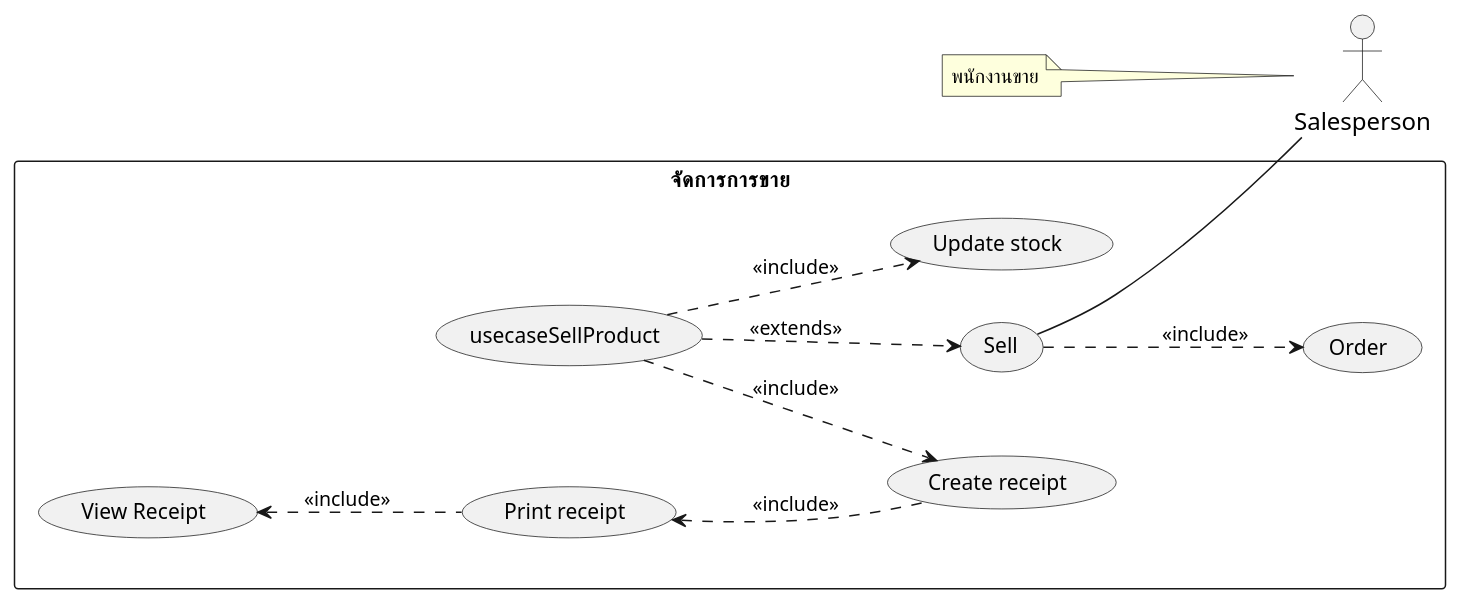
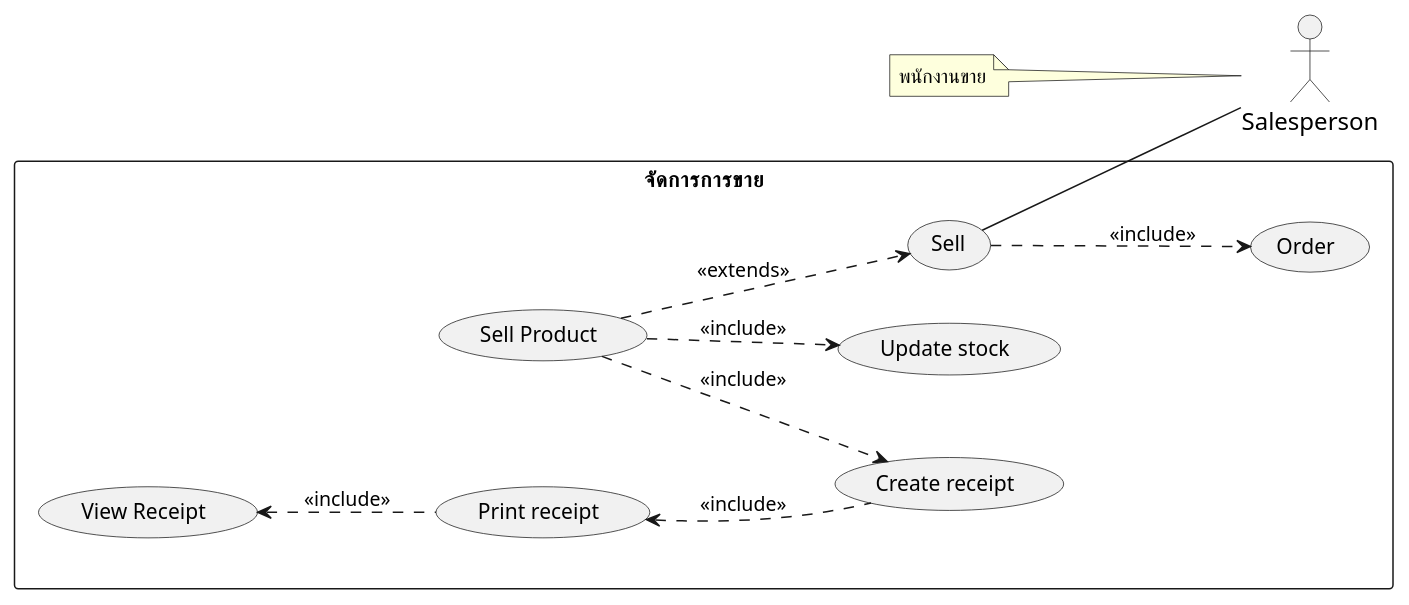
One commit to billowdev/inventory-system-plantuml-sequelize-seeder-example changed the diagram in system-analysis/usecase/_7_usecase-sell.puml. Above: the diagram before and after it, drawn with PlantUML. The commit also changed 3 other files, not shown here.

Commit message:
update sell product

```diff
--- a/system-analysis/usecase/_7_usecase-sell.puml
+++ b/system-analysis/usecase/_7_usecase-sell.puml
@@ -1,63 +1,64 @@
 @startuml
 'https://plantuml.com/usecase-diagram
 left to right direction
 
 skinparam sequence {
     ParticipantFontName Thai
     ParticipantFontSize 16
     ActorFontSize 16
     ActorFontName Thai
 }
 'skinparam linetype polyline
 ' skinparam linetype ortho
 
 skinparam Participant{
     FontColor #efefef
     BorderColor #c0c0c0
 }
 skinparam Sequence{
     ParticipantBorderThickness .5
     LifeLineBorderColor #8a8a8a
 }
 
 
 actor Salesperson as actorSalesperson
 note left of actorSalesperson : พนักงานขาย
 
 ' =================== Stock System ===================
 rectangle "จัดการการขาย" as manageSale {
 
     ' ================ Selling ================
     ' กระบวนการขายสินค้า
     usecase (Sell) as (usecaseSell)
+    usecase (Sell Product) as (usecaseSellProduct)
     '    note bottom of usecaseSell : กระบวนการขายสินค้า
 
 
     usecase (View Receipt) as (usecaseViewReceipt)
     usecase (Print receipt) as (usecasePrintReceipt)
     usecase (Create receipt) as (usecaseCreateReceipt)
 
     usecase (Order) as (usecaseOrder)
     usecase (Update stock) as (usecaseUpdateStock)
 
     '===========================================================
     ' ===                  Associate Flow                    ===
     '===========================================================
     ' ================ Sell ================
     (usecaseSellProduct) ..> (usecaseSell) : <<extends>>
     (usecaseSellProduct)  ..> (usecaseUpdateStock)   : <<include>>
 
     (usecaseSellProduct)  ..> (usecaseCreateReceipt) : <<include>>
     (usecaseSell)  ..> (usecaseOrder) : <<include>>
 
     '   ความสัมพันธ์ระหว่าง actor และ usecase ในส่วนของการขาย
      (usecaseSell) -- actorSalesperson
 
     ' ================ Receipt ================
     (usecaseCreateReceipt) .up.> (usecasePrintReceipt) : <<include>>
     (usecaseViewReceipt)  <..   (usecasePrintReceipt): <<include>>
 
 
 }
 
 @enduml
```
